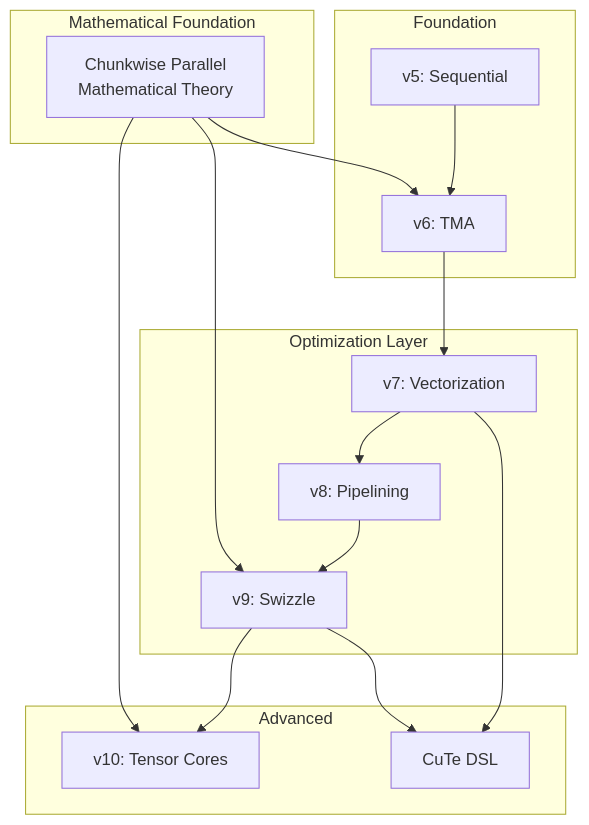
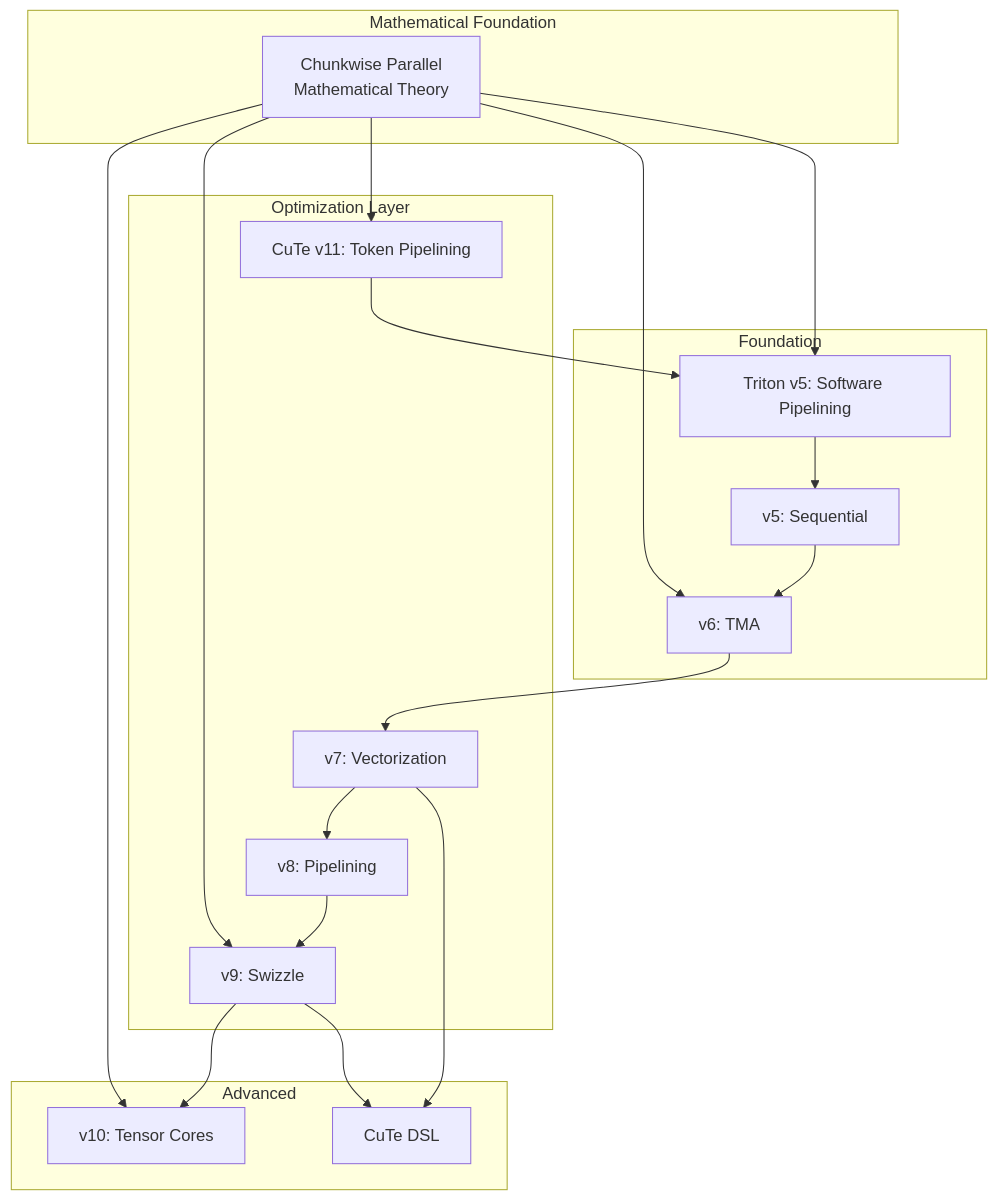
Before and after one commit to gugudeshubao/flashinfer-bench-tma-thrust: diagram 21 of 21 in .qoder/repowiki/en/content/GDN Prefill Kernel Optimization.md, drawn with Mermaid. The commit also changed other lines of this file and 19 other files, not shown here.

````diff
--- a/.qoder/repowiki/en/content/GDN Prefill Kernel Optimization.md
+++ b/.qoder/repowiki/en/content/GDN Prefill Kernel Optimization.md
@@ -647,29 +988,35 @@
 ```mermaid
 graph TB
 subgraph "Foundation"
 V5["v5: Sequential"]
 V6["v6: TMA"]
+TritonV5["Triton v5: Software Pipelining"]
 end
 subgraph "Optimization Layer"
 V7["v7: Vectorization"]
 V8["v8: Pipelining"]
 V9["v9: Swizzle"]
+CuTeV11["CuTe v11: Token Pipelining"]
 end
 subgraph "Advanced"
 V10["v10: Tensor Cores"]
 DSL["CuTe DSL"]
 end
 subgraph "Mathematical Foundation"
 CP["Chunkwise Parallel<br/>Mathematical Theory"]
 end
 V5 --> V6
 V6 --> V7
 V7 --> V8
 V8 --> V9
 V9 --> V10
 V7 --> DSL
 V9 --> DSL
+TritonV5 --> V5
+CuTeV11 --> TritonV5
 CP --> V6
 CP --> V9
 CP --> V10
+CP --> TritonV5
+CP --> CuTeV11
 ```
````
